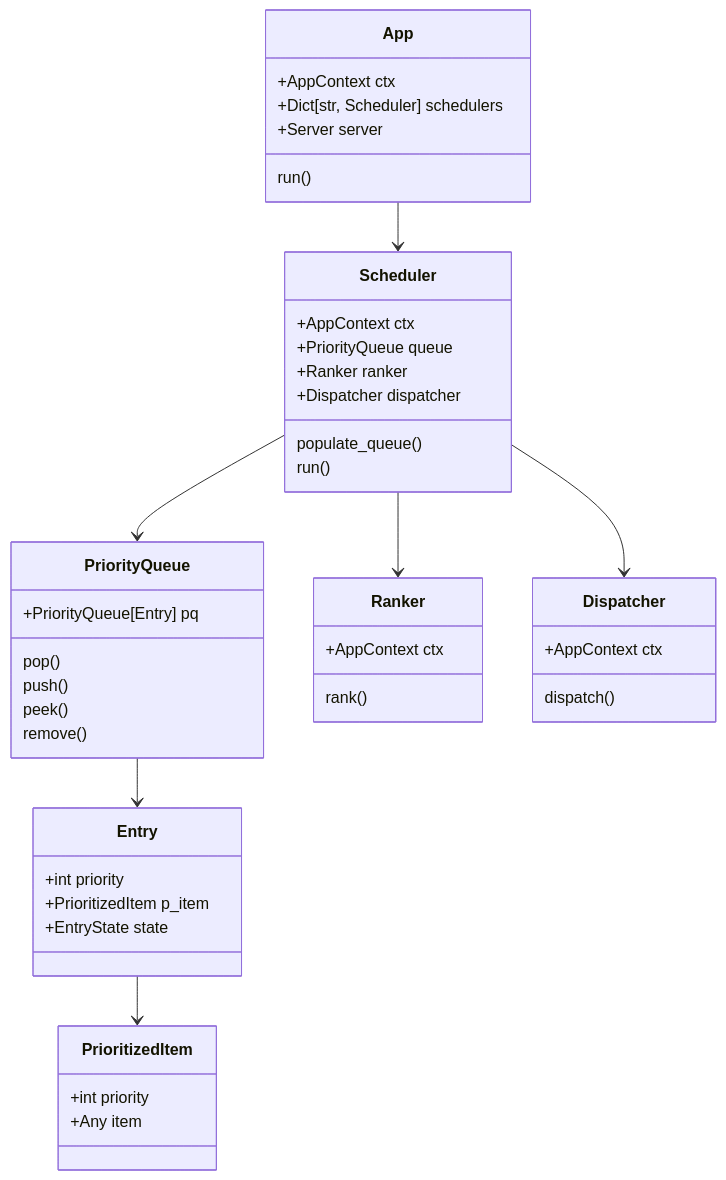
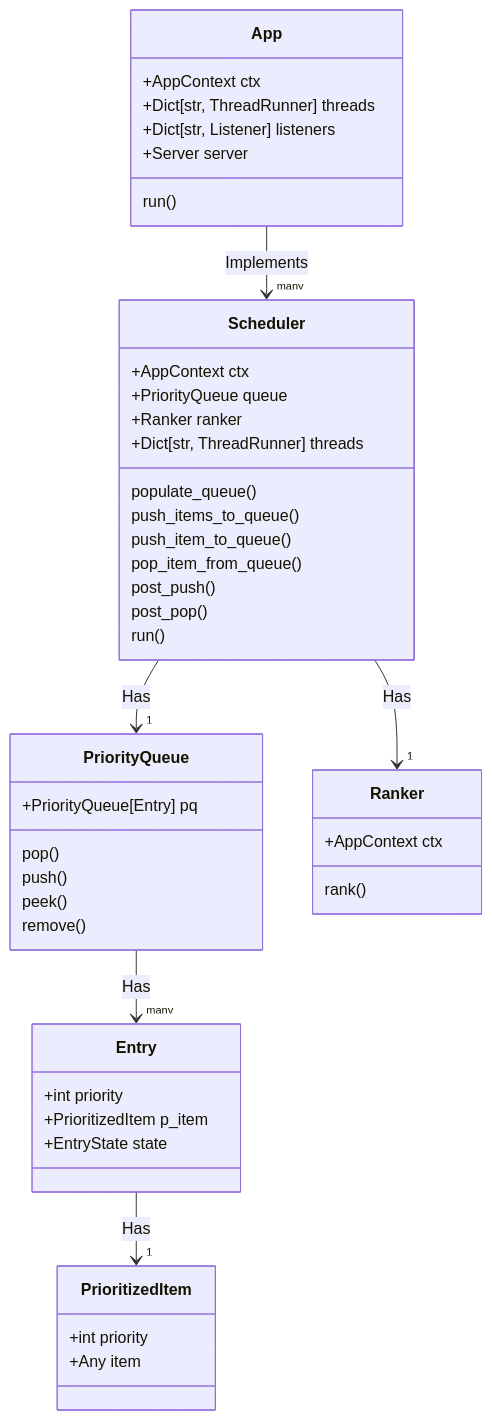
The fourth of 4 diagrams in docs/design.md (minvws/nl-kat-mula), drawn with Mermaid before and after one commit. The commit also changed other lines of this file and 1 other file, not shown here.

````diff
--- a/docs/design.md
+++ b/docs/design.md
@@ -147,58 +225,58 @@
 ```mermaid
 classDiagram
 
     class App {
         +AppContext ctx
-        +Dict[str, Scheduler] schedulers
+        +Dict[str, ThreadRunner] threads
+        +Dict[str, Listener] listeners
         +Server server
         run()
     }
 
     class Scheduler {
         +AppContext ctx
         +PriorityQueue queue
         +Ranker ranker
-        +Dispatcher dispatcher
+        +Dict[str, ThreadRunner] threads        
         populate_queue()
+        push_items_to_queue()
+        push_item_to_queue()
+        pop_item_from_queue()
+        post_push()
+        post_pop()
         run()
     }
 
     class PriorityQueue{
         +PriorityQueue[Entry] pq
         pop()
         push()
         peek()
         remove()
     }
 
     class Entry {
         +int priority
         +PrioritizedItem p_item
         +EntryState state
     }
 
     class PrioritizedItem {
         +int priority
         +Any item
     }
 
     class Ranker {
         +AppContext ctx
         rank()
     }
 
-    class Dispatcher {
-        +AppContext ctx
-        dispatch()
-    }
+    App --> "many" Scheduler : Implements
 
-    App --> Scheduler
+    Scheduler --> "1" PriorityQueue : Has
+    Scheduler --> "1" Ranker : Has
 
-    Scheduler --> PriorityQueue
-    Scheduler --> Ranker
-    Scheduler --> Dispatcher
+    PriorityQueue --> "many" Entry : Has
 
-    PriorityQueue --> Entry
-
-    Entry --> PrioritizedItem
+    Entry --> "1" PrioritizedItem : Has
 ```
````
